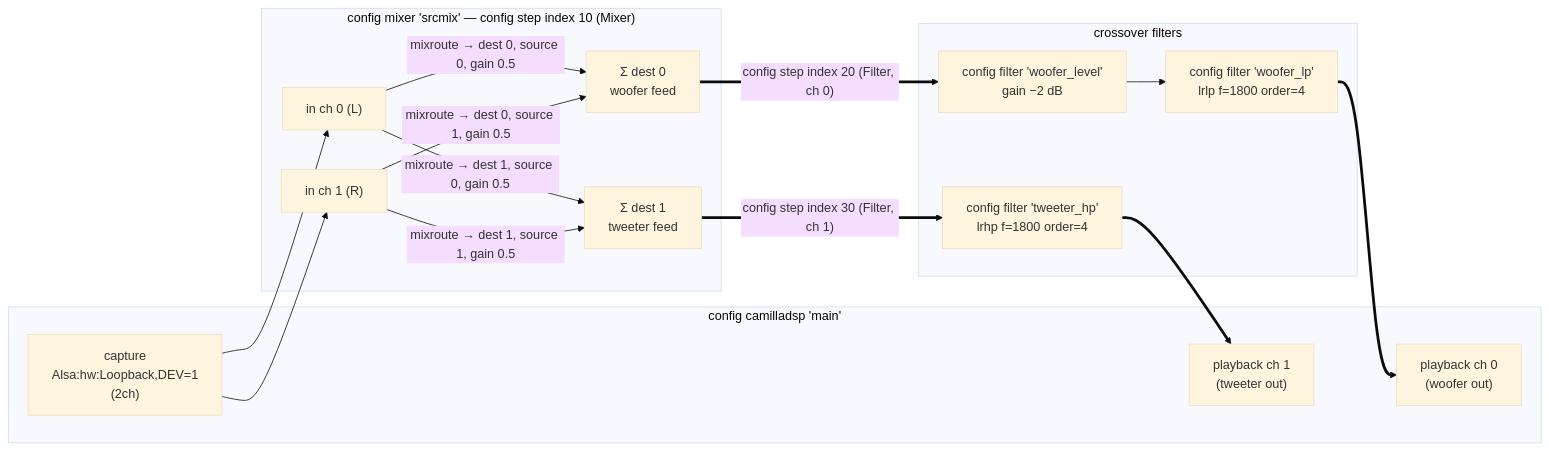
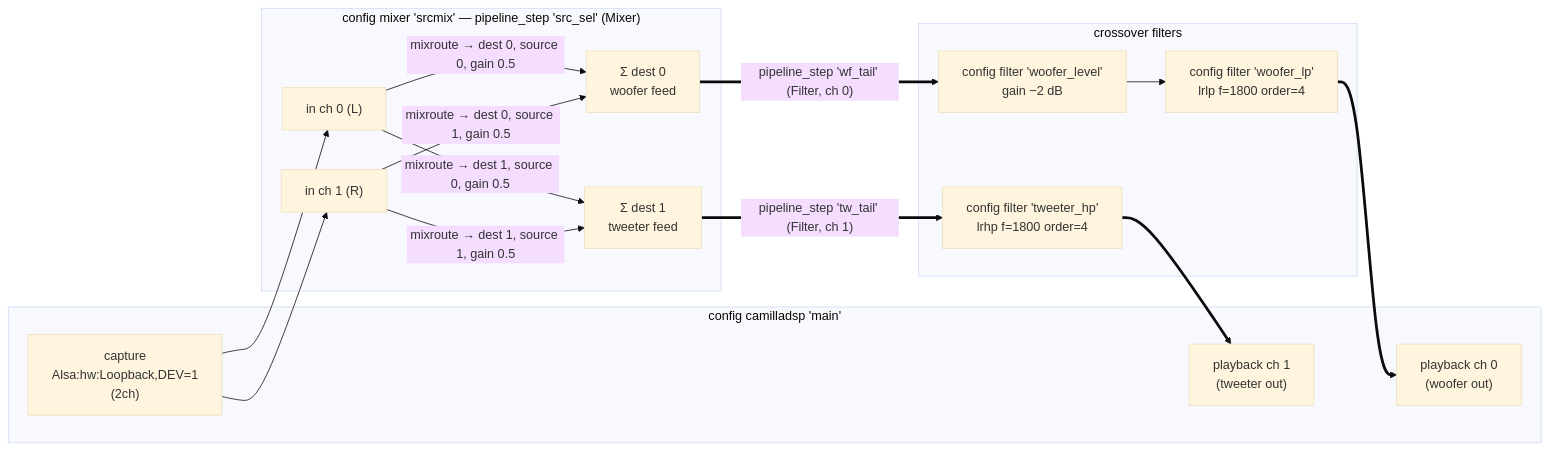
The third of 3 diagrams in docs/camilladsp.md (hitech95/AoIP-Virgilio), drawn with Mermaid (base theme) before and after one commit. The commit also changed other lines of this file and 1 other file, not shown here.

````diff
--- a/docs/camilladsp.md
+++ b/docs/camilladsp.md
@@ -279,27 +266,27 @@
 ```mermaid
 flowchart LR
     subgraph MAIN["config camilladsp 'main'"]
         CAP["capture<br/>Alsa:hw:Loopback,DEV=1<br/>(2ch)"]
         PB0["playback ch 0<br/>(woofer out)"]
         PB1["playback ch 1<br/>(tweeter out)"]
     end
-    subgraph MIX["config mixer 'srcmix' — config step index 10 (Mixer)"]
+    subgraph MIX["config mixer 'srcmix' — pipeline_step 'src_sel' (Mixer)"]
         L["in ch 0 (L)"]
         R["in ch 1 (R)"]
         W["Σ dest 0<br/>woofer feed"]
         T["Σ dest 1<br/>tweeter feed"]
     end
     subgraph XO["crossover filters"]
         F1["config filter 'woofer_level'<br/>gain −2 dB"]
         F2["config filter 'woofer_lp'<br/>lrlp f=1800 order=4"]
         F3["config filter 'tweeter_hp'<br/>lrhp f=1800 order=4"]
     end
     CAP --> L
     CAP --> R
     L  -- "mixroute → dest 0, source 0, gain 0.5" --> W
     R  -- "mixroute → dest 0, source 1, gain 0.5" --> W
     L  -- "mixroute → dest 1, source 0, gain 0.5" --> T
     R  -- "mixroute → dest 1, source 1, gain 0.5" --> T
-    W ==>|"config step index 20 (Filter, ch 0)"| F1 --> F2 ==> PB0
-    T ==>|"config step index 30 (Filter, ch 1)"| F3 ==> PB1
+    W ==>|"pipeline_step 'wf_tail' (Filter, ch 0)"| F1 --> F2 ==> PB0
+    T ==>|"pipeline_step 'tw_tail' (Filter, ch 1)"| F3 ==> PB1
 ```
````
